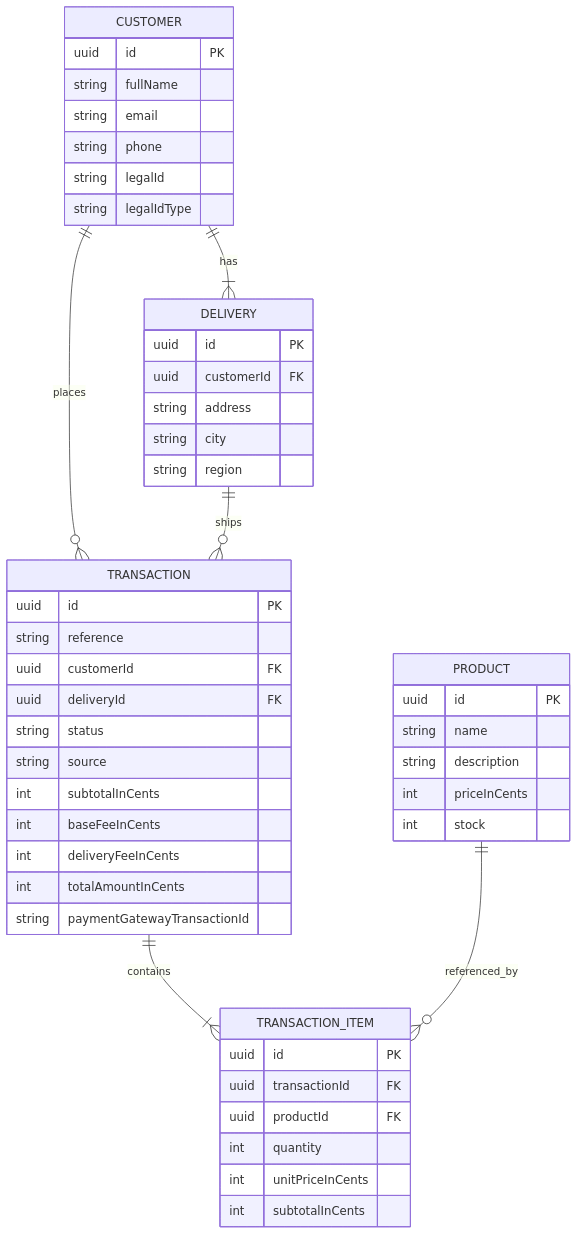
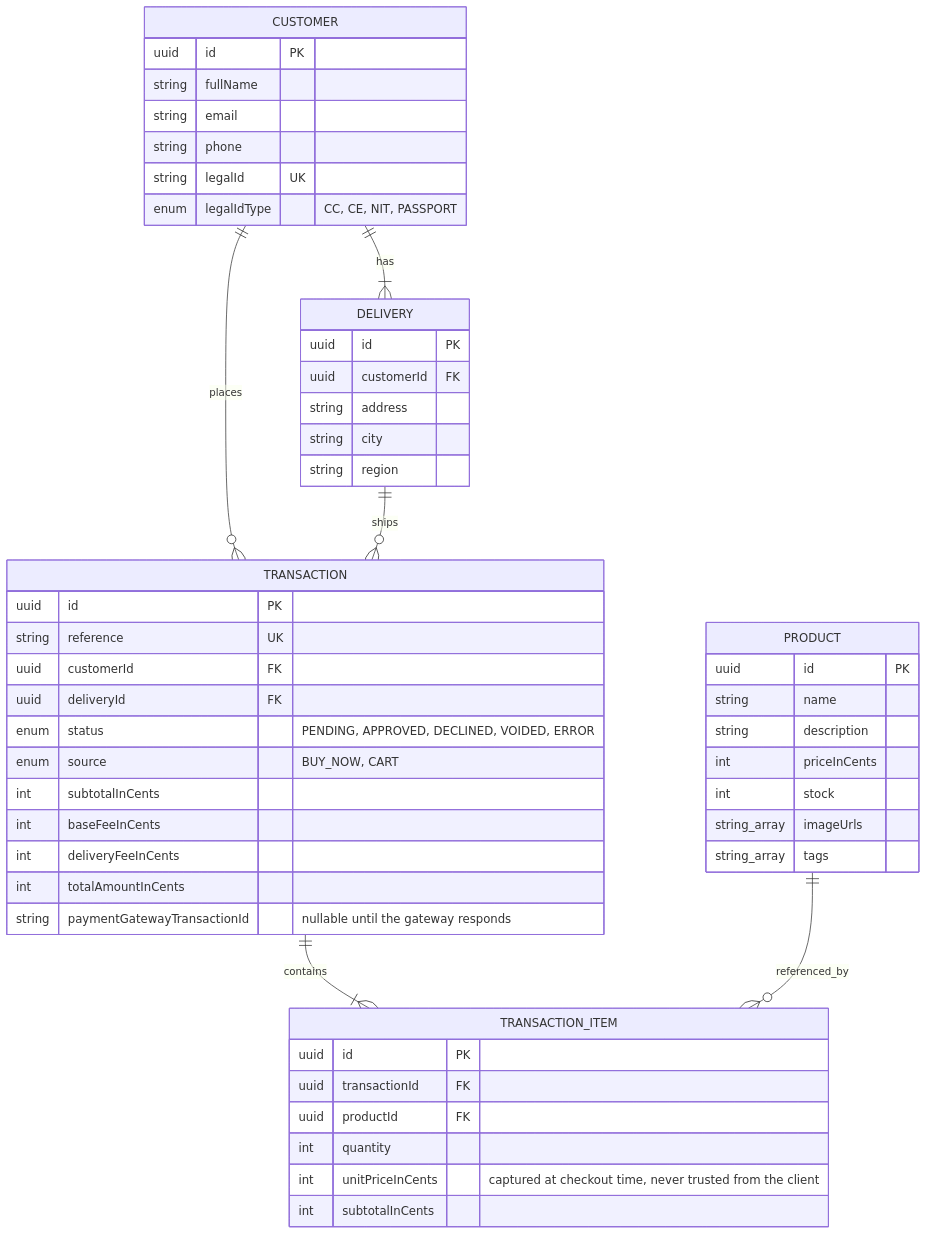
The second of 2 diagrams in README.md (buba-0511/checkout-flow-app), drawn with Mermaid before and after one commit. The commit also changed other lines of this file and 33 other files, not shown here.

````diff
--- a/README.md
+++ b/README.md
@@ -94,56 +129,58 @@
 ```mermaid
 erDiagram
     CUSTOMER ||--o{ TRANSACTION : places
     CUSTOMER ||--|{ DELIVERY : has
     DELIVERY ||--o{ TRANSACTION : ships
     TRANSACTION ||--|{ TRANSACTION_ITEM : contains
     PRODUCT ||--o{ TRANSACTION_ITEM : referenced_by
 
     CUSTOMER {
         uuid id PK
         string fullName
         string email
         string phone
-        string legalId
-        string legalIdType
+        string legalId UK
+        enum legalIdType "CC, CE, NIT, PASSPORT"
     }
 
     DELIVERY {
         uuid id PK
         uuid customerId FK
         string address
         string city
         string region
     }
 
     TRANSACTION {
         uuid id PK
-        string reference
+        string reference UK
         uuid customerId FK
         uuid deliveryId FK
-        string status
-        string source
+        enum status "PENDING, APPROVED, DECLINED, VOIDED, ERROR"
+        enum source "BUY_NOW, CART"
         int subtotalInCents
         int baseFeeInCents
         int deliveryFeeInCents
         int totalAmountInCents
-        string paymentGatewayTransactionId
+        string paymentGatewayTransactionId "nullable until the gateway responds"
     }
 
     TRANSACTION_ITEM {
         uuid id PK
         uuid transactionId FK
         uuid productId FK
         int quantity
-        int unitPriceInCents
+        int unitPriceInCents "captured at checkout time, never trusted from the client"
         int subtotalInCents
     }
 
     PRODUCT {
         uuid id PK
         string name
         string description
         int priceInCents
         int stock
+        string_array imageUrls
+        string_array tags
     }
 ```
````
